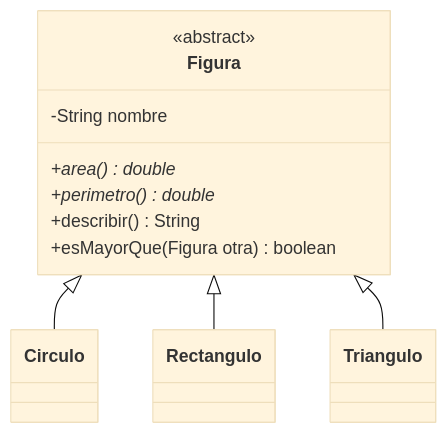
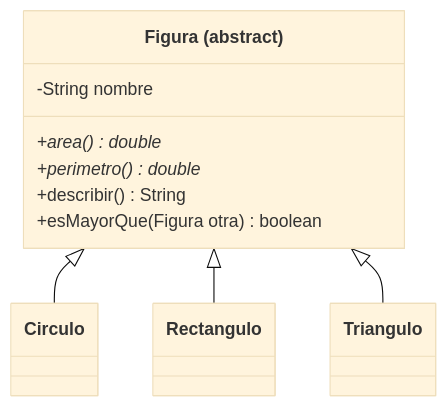
Before and after one commit to djaimej/computer-science-template: the diagram in public/documents/semester-1/3/1354.md, drawn with Mermaid (base theme). The commit also changed other lines of this file and 3 other files, not shown here.

Commit message:
[FIX]: mermaid <<>>

````diff
--- a/public/documents/semester-1/3/1354.md
+++ b/public/documents/semester-1/3/1354.md
@@ -89,14 +89,13 @@
 ```mermaid
 classDiagram
-  class Figura {
-    <<abstract>>
+  class Figura["Figura (abstract)"] {
     -String nombre
     +area()* double
     +perimetro()* double
     +describir() String
     +esMayorQue(Figura otra) boolean
   }
   Figura <|-- Circulo
   Figura <|-- Rectangulo
   Figura <|-- Triangulo
 ```
````
